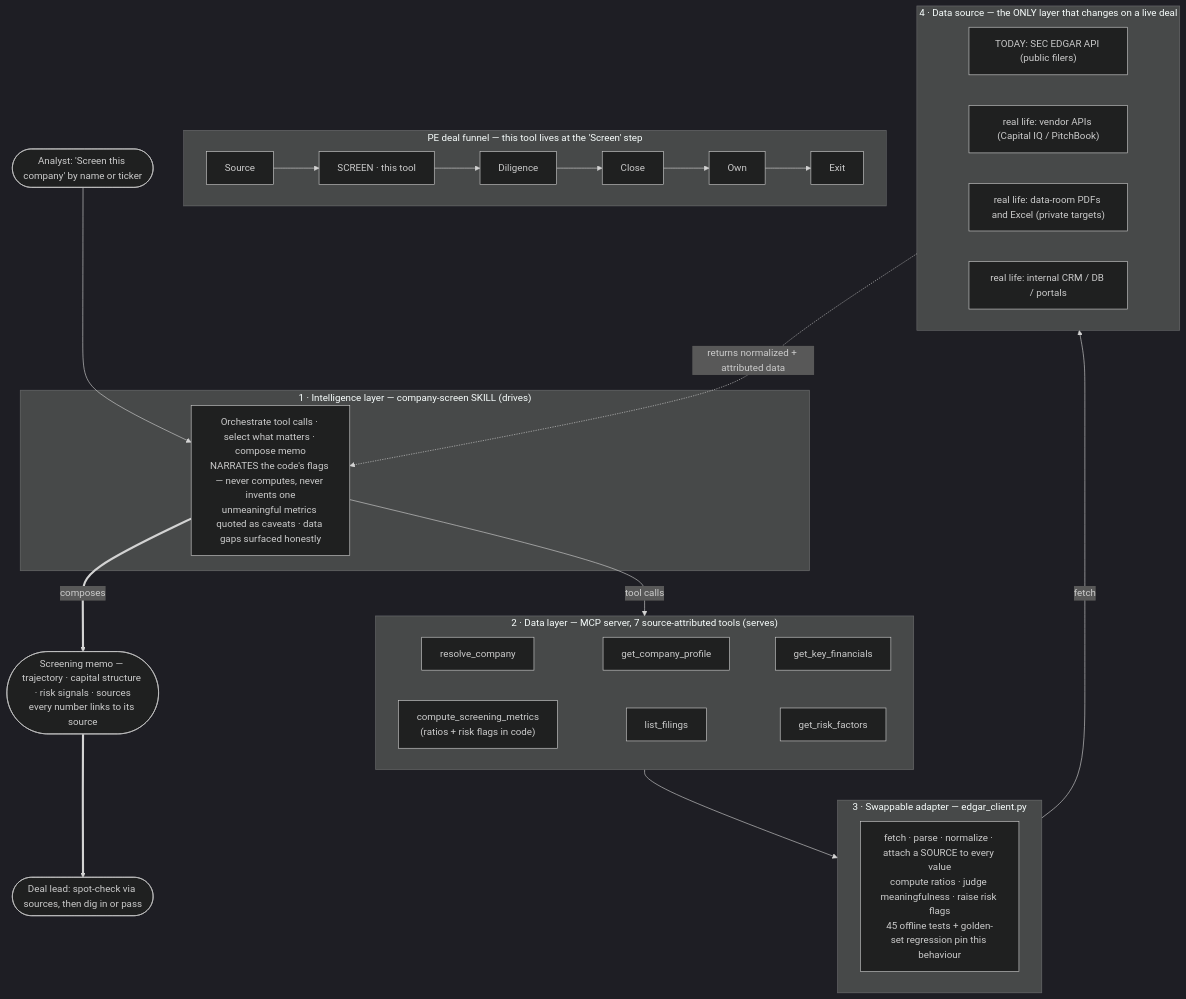
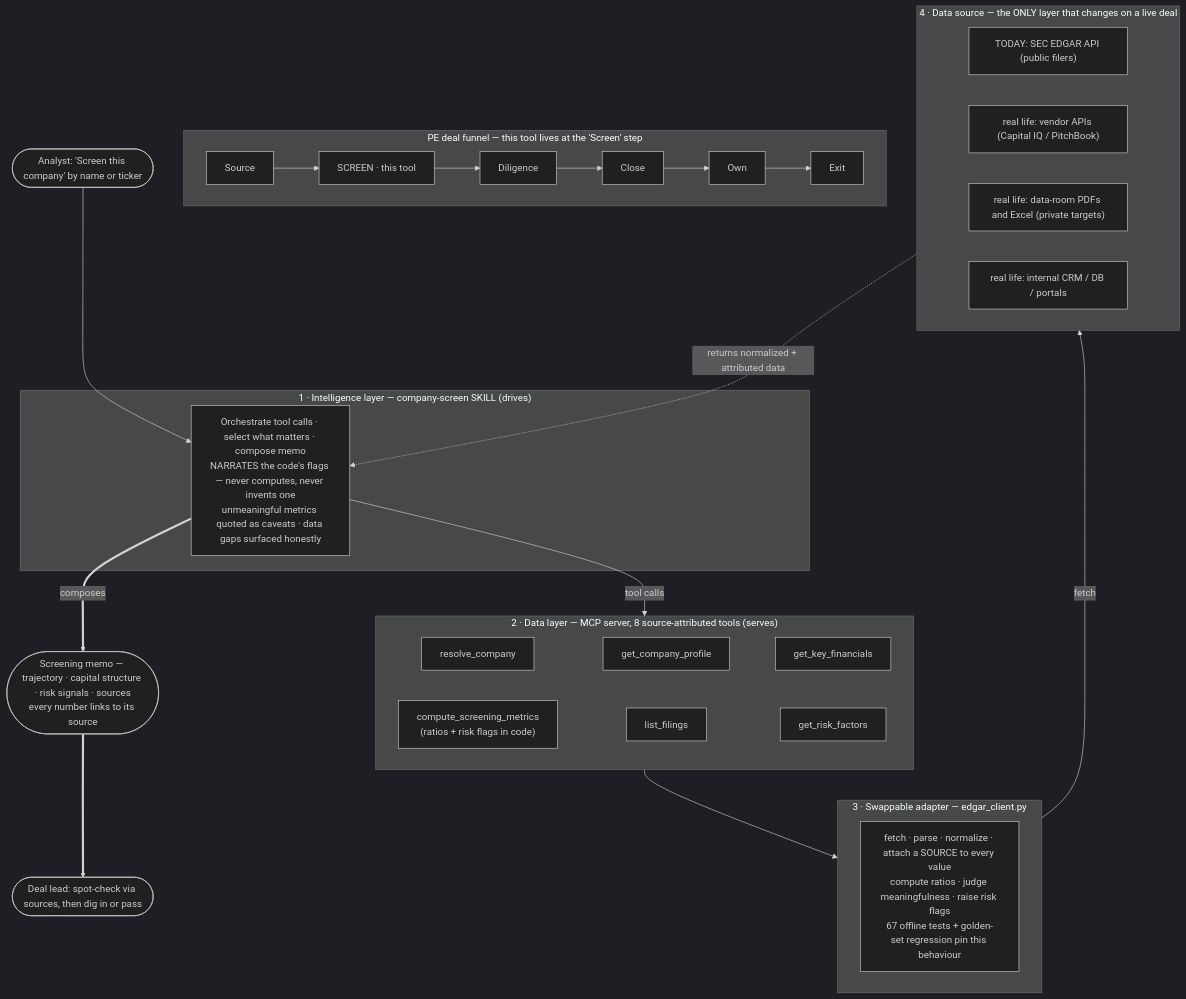
The diagram in PRD_Northbridge_Screening_Assistant.md (chidrupa99/northbridge-diligence), drawn with Mermaid (dark theme) before and after one commit. The commit also changed other lines of this file and 34 other files, not shown here.

````diff
--- a/PRD_Northbridge_Screening_Assistant.md
+++ b/PRD_Northbridge_Screening_Assistant.md
@@ -91,44 +91,44 @@
 ```mermaid
 flowchart TB
   subgraph FUNNEL["PE deal funnel — this tool lives at the 'Screen' step"]
     direction LR
     F1["Source"] --> F2["SCREEN · this tool"] --> F3["Diligence"] --> F4["Close"] --> F5["Own"] --> F6["Exit"]
   end
 
   START(["Analyst: 'Screen this company' by name or ticker"]) --> SKILL
 
   subgraph INTEL["1 · Intelligence layer — company-screen SKILL (drives)"]
     SKILL["Orchestrate tool calls · select what matters · compose memo<br/>NARRATES the code's flags — never computes, never invents one<br/>unmeaningful metrics quoted as caveats · data gaps surfaced honestly"]
   end
 
-  subgraph DATAL["2 · Data layer — MCP server, 7 source-attributed tools (serves)"]
+  subgraph DATAL["2 · Data layer — MCP server, 8 source-attributed tools (serves)"]
     direction LR
     T1["resolve_company"]
     T2["get_company_profile"]
     T3["get_key_financials"]
     T4["compute_screening_metrics<br/>(ratios + risk flags in code)"]
     T5["list_filings"]
     T6["get_risk_factors"]
     T1 ~~~ T2 ~~~ T3
     T4 ~~~ T5 ~~~ T6
   end
 
   subgraph ADAPT["3 · Swappable adapter — edgar_client.py"]
-    ADP["fetch · parse · normalize · attach a SOURCE to every value<br/>compute ratios · judge meaningfulness · raise risk flags<br/>45 offline tests + golden-set regression pin this behaviour"]
+    ADP["fetch · parse · normalize · attach a SOURCE to every value<br/>compute ratios · judge meaningfulness · raise risk flags<br/>67 offline tests + golden-set regression pin this behaviour"]
   end
 
   subgraph SOURCES["4 · Data source — the ONLY layer that changes on a live deal"]
     direction LR
     ED["TODAY: SEC EDGAR API (public filers)"]
     VN["real life: vendor APIs (Capital IQ / PitchBook)"]
     PD["real life: data-room PDFs and Excel (private targets)"]
     IN["real life: internal CRM / DB / portals"]
   end
 
   SKILL -->|"tool calls"| DATAL
   DATAL --> ADAPT
   ADAPT -->|"fetch"| SOURCES
   SOURCES -. "returns normalized + attributed data" .-> SKILL
   SKILL ==>|"composes"| MEMO(["Screening memo — trajectory · capital structure · risk signals · sources<br/>every number links to its source"])
   MEMO ==> LEAD(["Deal lead: spot-check via sources, then dig in or pass"])
 ```
````
